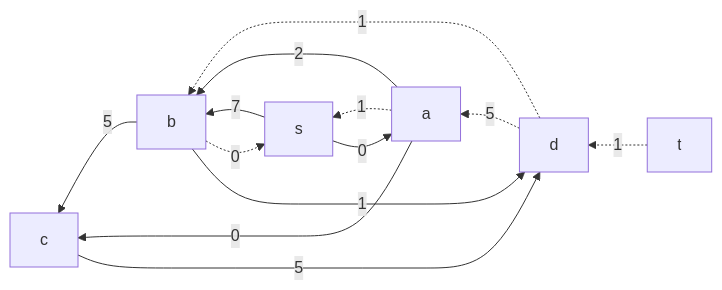
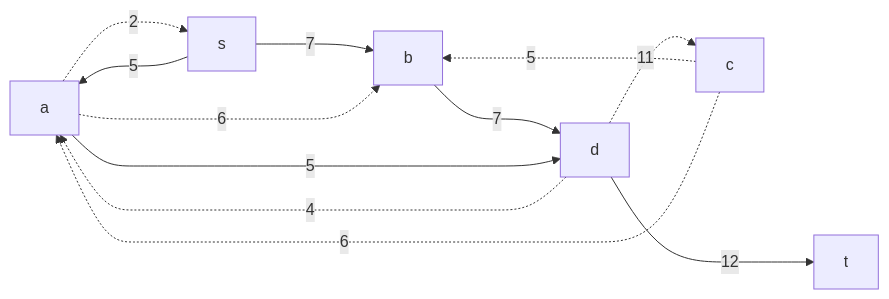
Before and after one commit to hse-algo-24-crow/manual-tasks-crow: the seventh of 9 diagrams in task-10/Milty-task-10.md, drawn with Mermaid. The commit also changed other lines of this file, not shown here.

````diff
--- a/task-10/Milty-task-10.md
+++ b/task-10/Milty-task-10.md
@@ -91,8 +154,14 @@
 ```mermaid
-graph RL
-    t-.->|1|d-.->|5|a-.->|1|s
-    d-.->|1|b-.->|0|s
-    s-->|0|a-->|2|b-->|1|d
-    s-->|7|b-->|5|c
-    a-->|0|c-->|5|d
+graph LR
+    a-.->|2|s
+    s--->|5|a
+    s--->|7|b
+    b--->|7|d
+    a-.->|6|b
+    c-.->|5|b
+    d-.->|11|c
+    c-.->|6|a
+    d-.->|4|a
+    a--->|5|d
+    d--->|12|t
 ```
````
